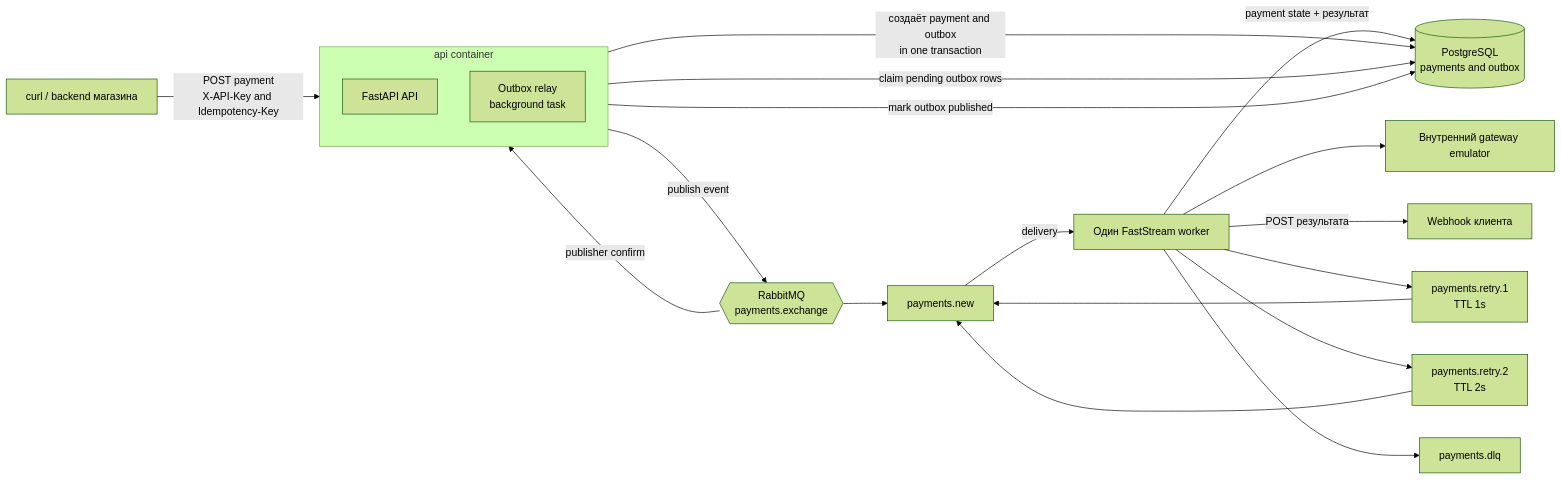
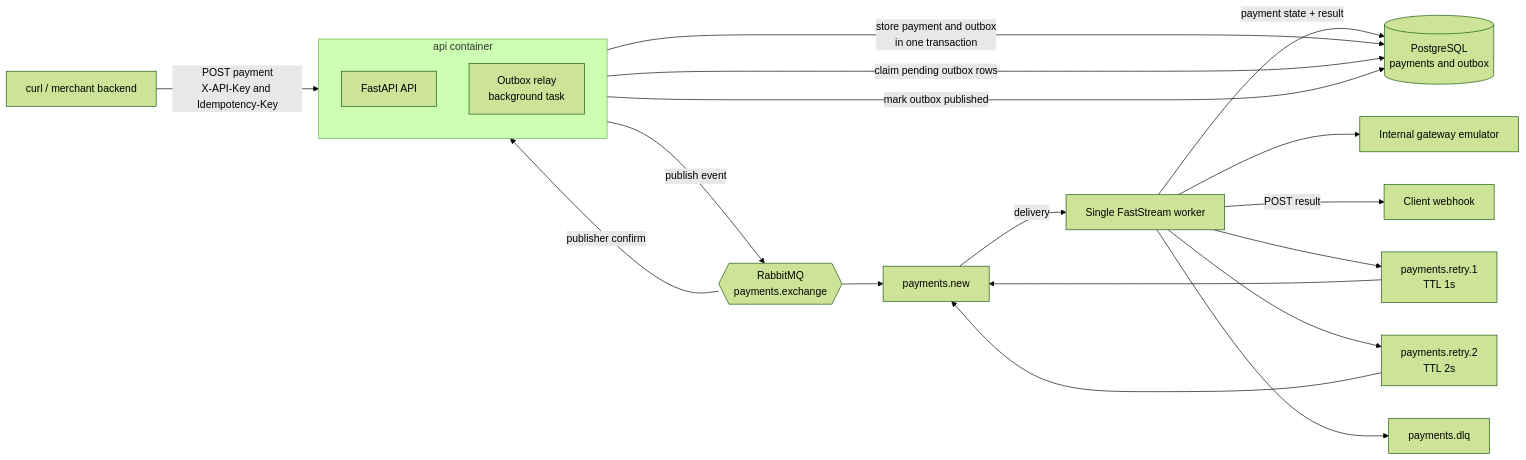
The first of 3 diagrams in docs/architecture.md (HappyCthulhu/async-payment-processor), drawn with Mermaid (forest theme) before and after one commit. The commit also changed other lines of this file and 10 other files, not shown here.

````diff
--- a/docs/architecture.md
+++ b/docs/architecture.md
@@ -5,24 +5,24 @@
 ```mermaid
 flowchart LR
-    Client[curl / backend магазина] -->|POST payment\nX-API-Key and Idempotency-Key| API
+    Client[curl / merchant backend] -->|POST payment\nX-API-Key and Idempotency-Key| API
     subgraph ApiContainer[api container]
         direction TB
         API[FastAPI API]
         Relay[Outbox relay\nbackground task]
     end
-    API -->|создаёт payment and outbox\nin one transaction| DB[(PostgreSQL\npayments and outbox)]
+    API -->|store payment and outbox\nin one transaction| DB[(PostgreSQL\npayments and outbox)]
     Relay -->|claim pending outbox rows| DB
     Relay -->|publish event| Exchange{{RabbitMQ\npayments.exchange}}
     Exchange -->|publisher confirm| Relay
     Relay -->|mark outbox published| DB
     Exchange --> Work[payments.new]
-    Work -->|delivery| Worker[Один FastStream worker]
-    Worker -->|payment state + результат| DB
-    Worker --> Gateway[Внутренний gateway emulator]
-    Worker -->|POST результата| Hook[Webhook клиента]
+    Work -->|delivery| Worker[Single FastStream worker]
+    Worker -->|payment state + result| DB
+    Worker --> Gateway[Internal gateway emulator]
+    Worker -->|POST result| Hook[Client webhook]
     Worker --> Retry1[payments.retry.1\nTTL 1s]
     Retry1 --> Work
     Worker --> Retry2[payments.retry.2\nTTL 2s]
     Retry2 --> Work
     Worker --> DLQ[payments.dlq]
 ```
````
